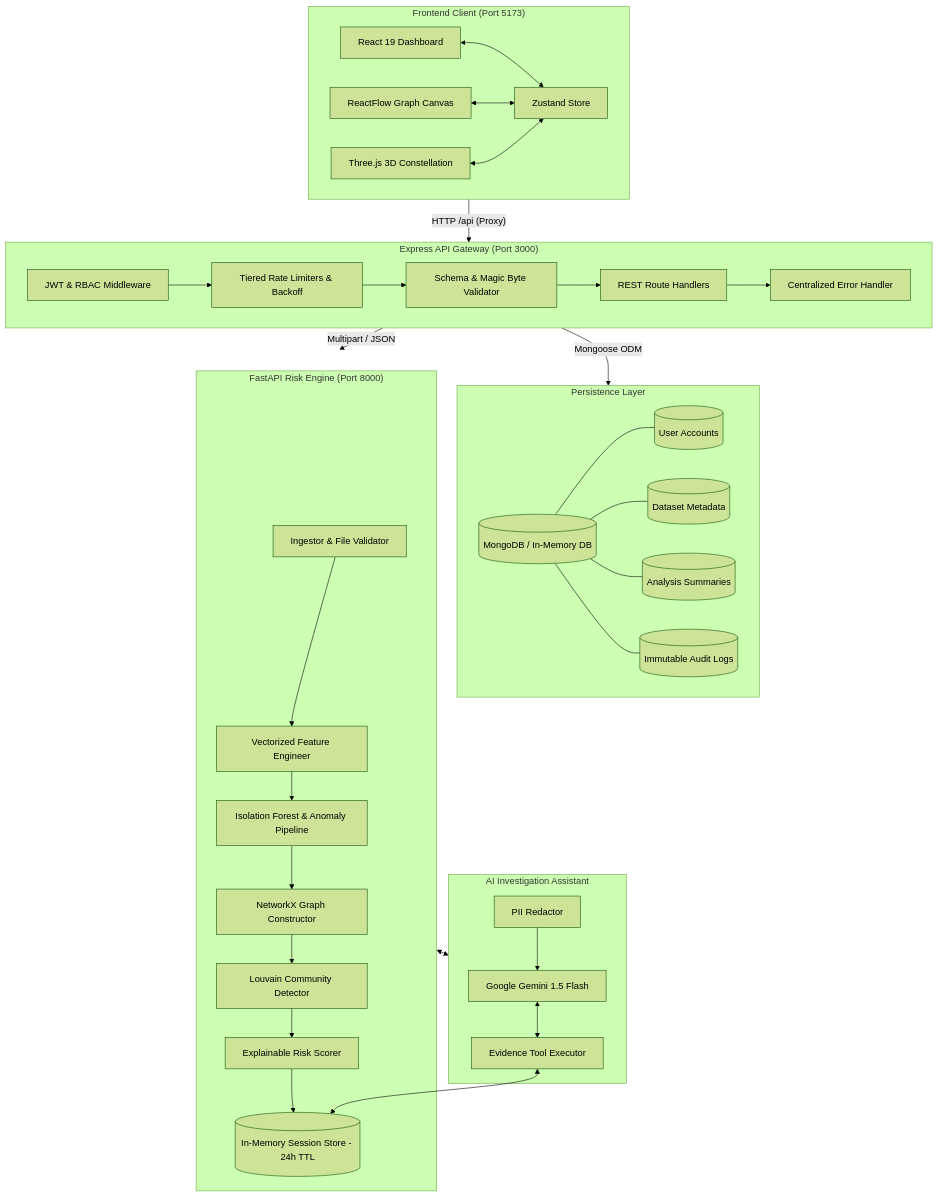
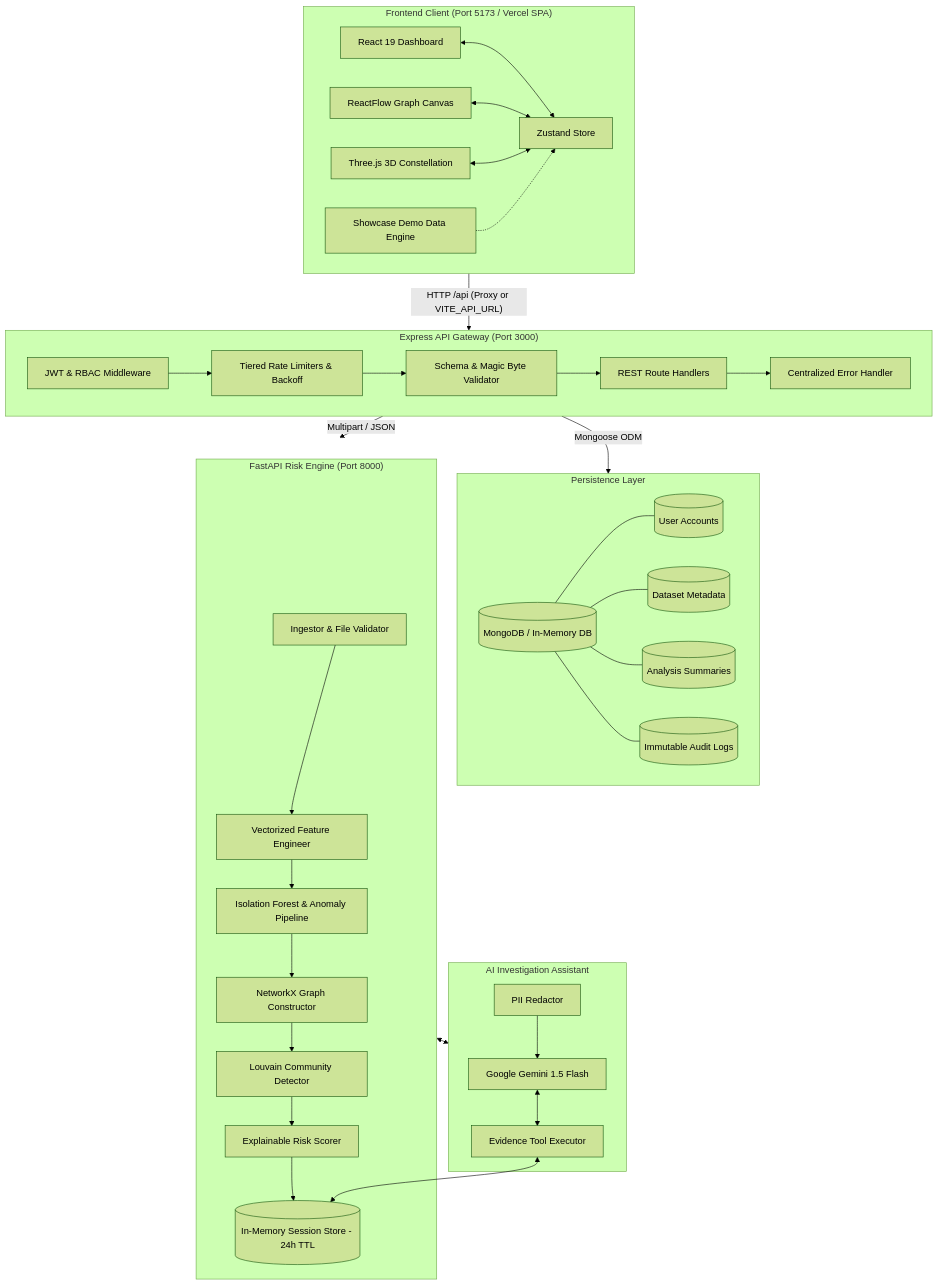
The first of 3 diagrams in README.md (amitsinghbhadouriya/TraceX), drawn with Mermaid (forest theme) before and after one commit. The commit also changed other lines of this file, not shown here.

Commit message:
docs: update README with full project analysis, installation, deployment, and demo mode

````diff
--- a/README.md
+++ b/README.md
@@ -189,63 +207,65 @@
 ```mermaid
 flowchart TB
-    subgraph Client["Frontend Client (Port 5173)"]
+    subgraph Client["Frontend Client (Port 5173 / Vercel SPA)"]
         UI[React 19 Dashboard]
         RF[ReactFlow Graph Canvas]
         T3D[Three.js 3D Constellation]
+        DEMO[Showcase Demo Data Engine]
         ZS[Zustand Store]
         UI <--> ZS
         RF <--> ZS
         T3D <--> ZS
+        DEMO -.-> ZS
     end
 
     subgraph Gateway["Express API Gateway (Port 3000)"]
         AUTH[JWT & RBAC Middleware]
         RL[Tiered Rate Limiters & Backoff]
         VAL[Schema & Magic Byte Validator]
         ROUTER[REST Route Handlers]
         ERR[Centralized Error Handler]
         
         AUTH --> RL --> VAL --> ROUTER --> ERR
     end
 
     subgraph DataStore["Persistence Layer"]
         MDB[(MongoDB / In-Memory DB)]
         USERS[(User Accounts)]
         CASES[(Dataset Metadata)]
         RESULTS[(Analysis Summaries)]
         AUDIT[(Immutable Audit Logs)]
         
         MDB --- USERS
         MDB --- CASES
         MDB --- RESULTS
         MDB --- AUDIT
     end
 
     subgraph MLEngine["FastAPI Risk Engine (Port 8000)"]
         INGEST[Ingestor & File Validator]
         FEAT[Vectorized Feature Engineer]
         ANOM[Isolation Forest & Anomaly Pipeline]
         GRAPH[NetworkX Graph Constructor]
         LOUVAIN[Louvain Community Detector]
         SCORER[Explainable Risk Scorer]
         SESS[(In-Memory Session Store - 24h TTL)]
         
         INGEST --> FEAT --> ANOM --> GRAPH --> LOUVAIN --> SCORER
         SCORER --> SESS
     end
 
     subgraph AICopilot["AI Investigation Assistant"]
         GEMINI[Google Gemini 1.5 Flash]
         TOOLS[Evidence Tool Executor]
         RED[PII Redactor]
         
         GEMINI <--> TOOLS
         TOOLS <--> SESS
         RED --> GEMINI
     end
 
-    Client -- "HTTP /api (Proxy)" --> Gateway
+    Client -- "HTTP /api (Proxy or VITE_API_URL)" --> Gateway
     Gateway -- "Mongoose ODM" --> DataStore
     Gateway -- "Multipart / JSON" --> MLEngine
     MLEngine <--> AICopilot
 ```
````
